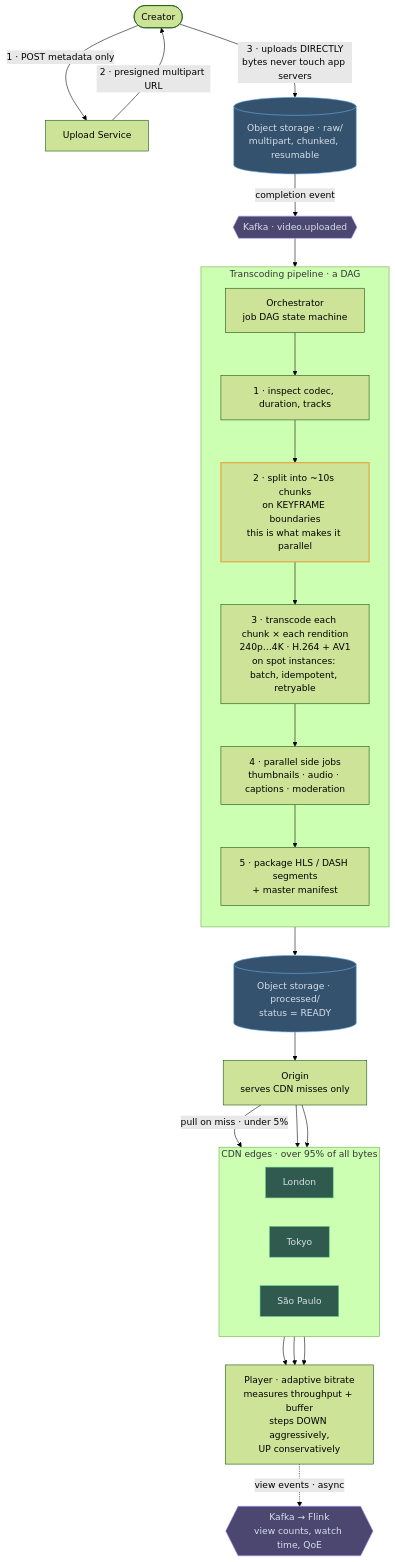
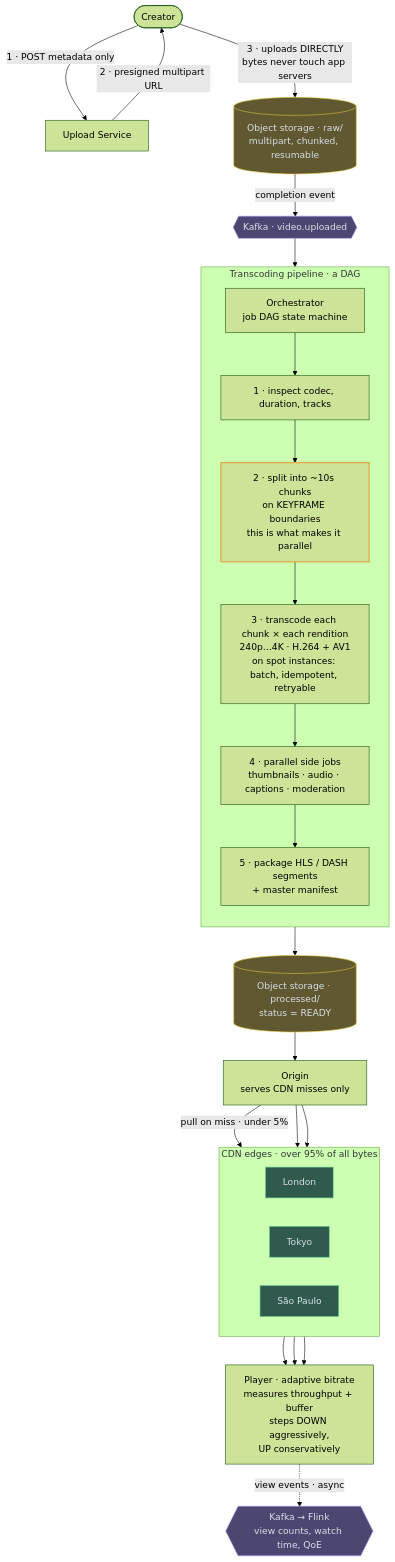
One commit to mertkahyaoglu/atlas changed the diagram in content/designs/08-video-streaming.md. Above: the diagram before and after it, drawn with Mermaid (forest theme). The commit also changed 16 other files, not shown here.

First line of the commit message:
Split store into db/cache/blob; color gateway and load-balancer nodes

````diff
--- a/content/designs/08-video-streaming.md
+++ b/content/designs/08-video-streaming.md
@@ -116,56 +116,56 @@
 ```mermaid
 flowchart TB
     Creator([Creator]) -- "1 · POST metadata only" --> UploadSvc[Upload Service]
     UploadSvc -- "2 · presigned multipart URL" --> Creator
     Creator -- "3 · uploads DIRECTLY<br/>bytes never touch app servers" --> Raw
 
     Raw[("Object storage · raw/<br/>multipart, chunked, resumable")]
     Raw -- "completion event" --> Bus{{"Kafka · video.uploaded"}}
     Bus --> Orch
 
     subgraph PIPE ["Transcoding pipeline · a DAG"]
         direction TB
         Orch[Orchestrator<br/>job DAG state machine]
         Inspect["1 · inspect codec, duration, tracks"]
         Split["2 · split into ~10s chunks<br/>on KEYFRAME boundaries<br/>this is what makes it parallel"]
         Transcode["3 · transcode each chunk × each rendition<br/>240p…4K · H.264 + AV1<br/>on spot instances: batch, idempotent, retryable"]
         Side["4 · parallel side jobs<br/>thumbnails · audio · captions · moderation"]
         Package["5 · package HLS / DASH segments<br/>+ master manifest"]
         Orch --> Inspect --> Split --> Transcode --> Side --> Package
     end
 
     Package --> Processed[("Object storage · processed/<br/>status = READY")]
     Processed --> Origin[Origin<br/>serves CDN misses only]
 
     subgraph CDN ["CDN edges · over 95% of all bytes"]
         direction LR
         Edge1[London]
         Edge2[Tokyo]
         Edge3[São Paulo]
     end
 
     Origin -- "pull on miss · under 5%" --> Edge1
     Origin --> Edge2
     Origin --> Edge3
 
     Edge1 --> Player
     Edge2 --> Player
     Edge3 --> Player
 
     Player["Player · adaptive bitrate<br/>measures throughput + buffer<br/>steps DOWN aggressively,<br/>UP conservatively"]
     Player -. "view events · async" .-> Views{{"Kafka → Flink<br/>view counts, watch time, QoE"}}
 
-    classDef store fill:#34526e,stroke:#6cb2ee,color:#d7dee8
+    classDef blob fill:#5f5830,stroke:#e6c43c,color:#d7dee8
     classDef queue fill:#4b4771,stroke:#ad94f7,color:#d7dee8
     classDef external fill:#2f5a4d,stroke:#5cc98f,color:#d7dee8
     classDef hot stroke:#e8a33d,stroke-width:2px
-    class Raw,Processed store
+    class Raw,Processed blob
     class Split hot
     class Bus,Views queue
     class Edge1,Edge2,Edge3 external
 
     click Raw href "/docs/09-specialized-building-blocks" "Role: receives original uploads directly, multipart and resumable.<br/>Trade-off: keeping originals costs storage, but allows re-transcoding later."
     click Bus href "/docs/05-async-messaging-and-event-driven" "Role: an upload event starts the transcoding pipeline asynchronously.<br/>Trade-off: a video isn't watchable until processing finishes."
     click Processed href "/docs/09-specialized-building-blocks" "Role: holds the renditions and segments the CDN pulls from.<br/>Trade-off: several copies per video multiply storage cost."
     click Views href "/docs/05-async-messaging-and-event-driven" "Role: counts views and playback quality without slowing playback.<br/>Trade-off: counts are approximate and arrive late."
 ```
````
